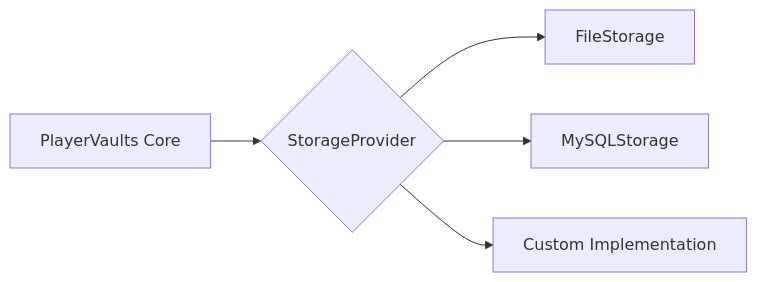
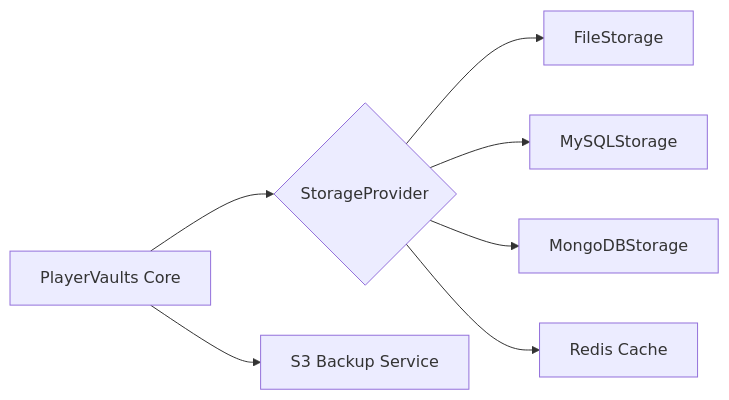
The diagram in README.md (westkevin12/PlayerVaultsX), drawn with Mermaid before and after one commit. The commit also changed other lines of this file and 7 other files, not shown here.

````diff
--- a/README.md
+++ b/README.md
@@ -26,7 +31,9 @@
 ```mermaid
 graph LR
     A[PlayerVaults Core] --> B{StorageProvider}
     B --> C[FileStorage]
     B --> D[MySQLStorage]
-    B --> E[Custom Implementation]
+    B --> F[MongoDBStorage]
+    B --> E[Redis Cache]
+    A --> G[S3 Backup Service]
 ```
````
